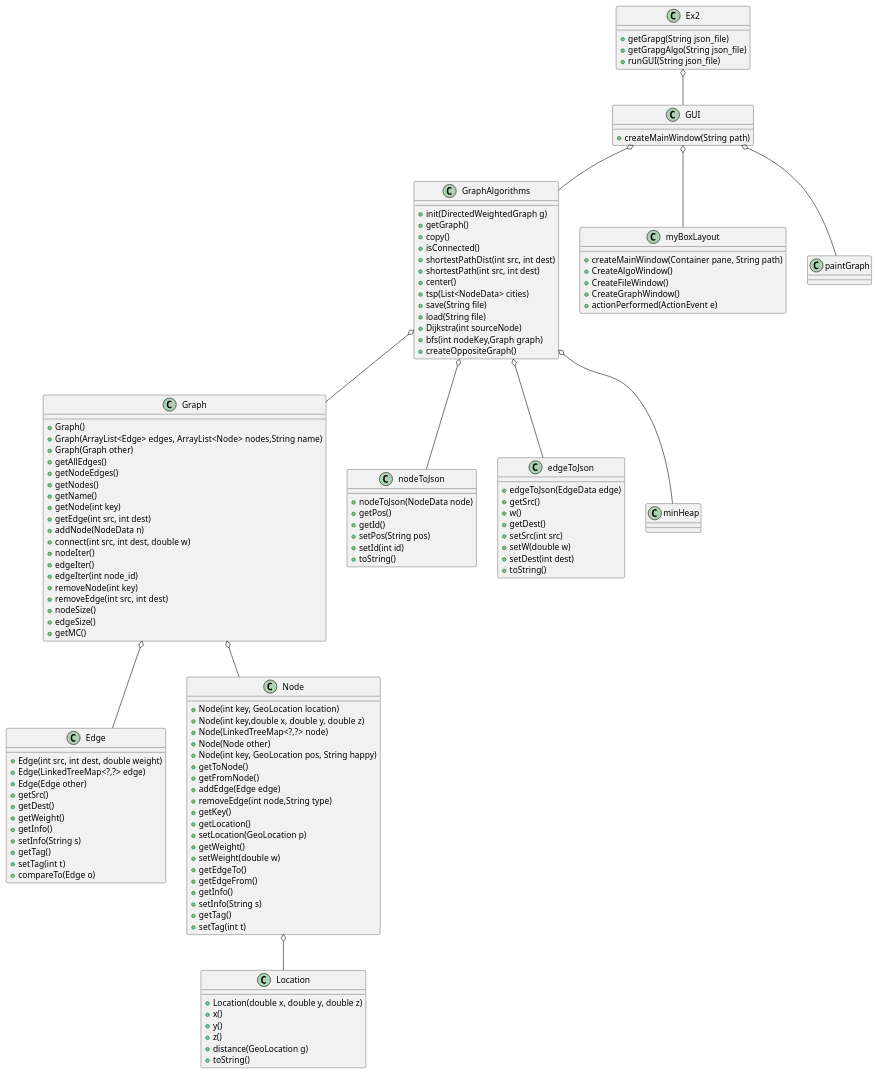
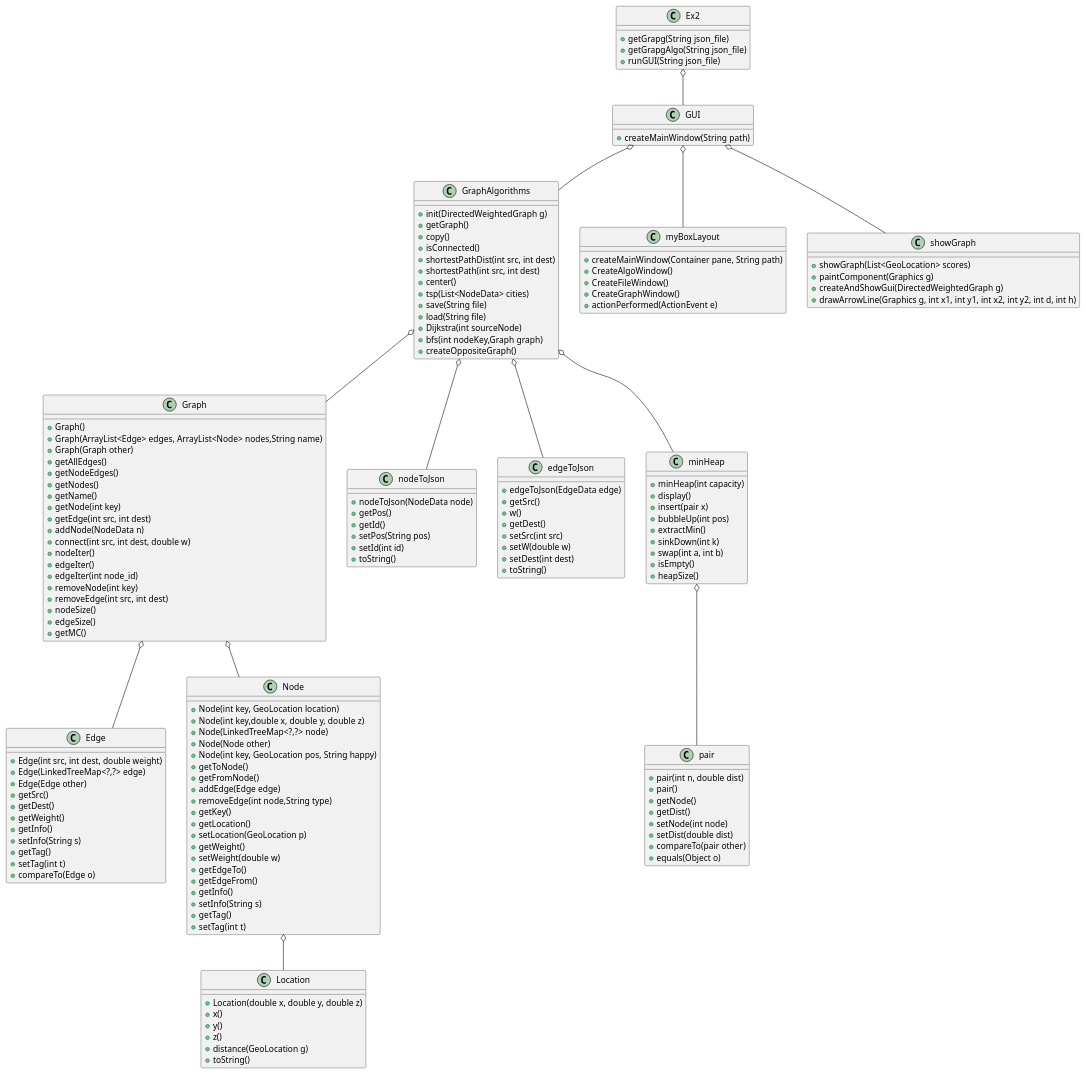
The diagram in Diagram.puml (TaliaSeada/Ex2_OOP), drawn with PlantUML before and after one commit. The commit also changed 2 other files, not shown here.

Commit message:
UML update, ReadMe update , new Test class for minHeap class

```diff
--- a/Diagram.puml
+++ b/Diagram.puml
@@ -1,143 +1,168 @@
 @startuml
 
 Ex2 o-- GUI
 GUI o-- GraphAlgorithms
 GUI o-- myBoxLayout
-GUI o-- paintGraph
+GUI o-- showGraph
 GraphAlgorithms o-- Graph
 GraphAlgorithms o-- nodeToJson
 GraphAlgorithms o-- edgeToJson
 GraphAlgorithms o-- minHeap
+minHeap o-- pair
 Graph o-- Edge
 Graph o-- Node
 Node o-- Location
 
 class Ex2{
 +getGrapg(String json_file)
 +getGrapgAlgo(String json_file)
 +runGUI(String json_file)
 }
 
 class GUI{
 +createMainWindow(String path)
 }
 
 class GraphAlgorithms {
 +init(DirectedWeightedGraph g)
 +getGraph()
 +copy()
 +isConnected()
 +shortestPathDist(int src, int dest)
 +shortestPath(int src, int dest)
 +center()
 +tsp(List<NodeData> cities)
 +save(String file)
 +load(String file)
 +Dijkstra(int sourceNode)
 +bfs(int nodeKey,Graph graph)
 +createOppositeGraph()
 }
 
 class myBoxLayout {
 +createMainWindow(Container pane, String path)
 +CreateAlgoWindow()
 +CreateFileWindow()
 +CreateGraphWindow()
 +actionPerformed(ActionEvent e)
 }
 
-class paintGraph {
+class showGraph {
++showGraph(List<GeoLocation> scores)
++paintComponent(Graphics g)
++createAndShowGui(DirectedWeightedGraph g)
++drawArrowLine(Graphics g, int x1, int y1, int x2, int y2, int d, int h)
 }
 
 class Graph {
 +Graph()
 +Graph(ArrayList<Edge> edges, ArrayList<Node> nodes,String name)
 +Graph(Graph other)
 +getAllEdges()
 +getNodeEdges()
 +getNodes()
 +getName()
 +getNode(int key)
 +getEdge(int src, int dest)
 +addNode(NodeData n)
 +connect(int src, int dest, double w)
 +nodeIter()
 +edgeIter()
 +edgeIter(int node_id)
 +removeNode(int key)
 +removeEdge(int src, int dest)
 +nodeSize()
 +edgeSize()
 +getMC()
 }
 
 class nodeToJson {
 +nodeToJson(NodeData node)
 +getPos()
 +getId()
 +setPos(String pos)
 +setId(int id)
 +toString()
 }
 
 class edgeToJson {
 +edgeToJson(EdgeData edge)
 +getSrc()
 +w()
 +getDest()
 +setSrc(int src)
 +setW(double w)
 +setDest(int dest)
 +toString()
 }
 
 class minHeap {
++minHeap(int capacity)
++display()
++insert(pair x)
++bubbleUp(int pos)
++extractMin()
++sinkDown(int k)
++swap(int a, int b)
++isEmpty()
++heapSize()
+}
+
+class pair {
++pair(int n, double dist)
++pair()
++getNode()
++getDist()
++setNode(int node)
++setDist(double dist)
++compareTo(pair other)
++equals(Object o)
 }
 
 class Node {
 +Node(int key, GeoLocation location)
 +Node(int key,double x, double y, double z)
 +Node(LinkedTreeMap<?,?> node)
 +Node(Node other)
 +Node(int key, GeoLocation pos, String happy)
 +getToNode()
 +getFromNode()
 +addEdge(Edge edge)
 +removeEdge(int node,String type)
 +getKey()
 +getLocation()
 +setLocation(GeoLocation p)
 +getWeight()
 +setWeight(double w)
 +getEdgeTo()
 +getEdgeFrom()
 +getInfo()
 +setInfo(String s)
 +getTag()
 +setTag(int t)
 }
 
 class Edge {
 +Edge(int src, int dest, double weight)
 +Edge(LinkedTreeMap<?,?> edge)
 +Edge(Edge other)
 +getSrc()
 +getDest()
 +getWeight()
 +getInfo()
 +setInfo(String s)
 +getTag()
 +setTag(int t)
 +compareTo(Edge o)
 }
 
 class Location {
 +Location(double x, double y, double z)
 +x()
 +y()
 +z()
 +distance(GeoLocation g)
 +toString()
 }
 
 @enduml
```
